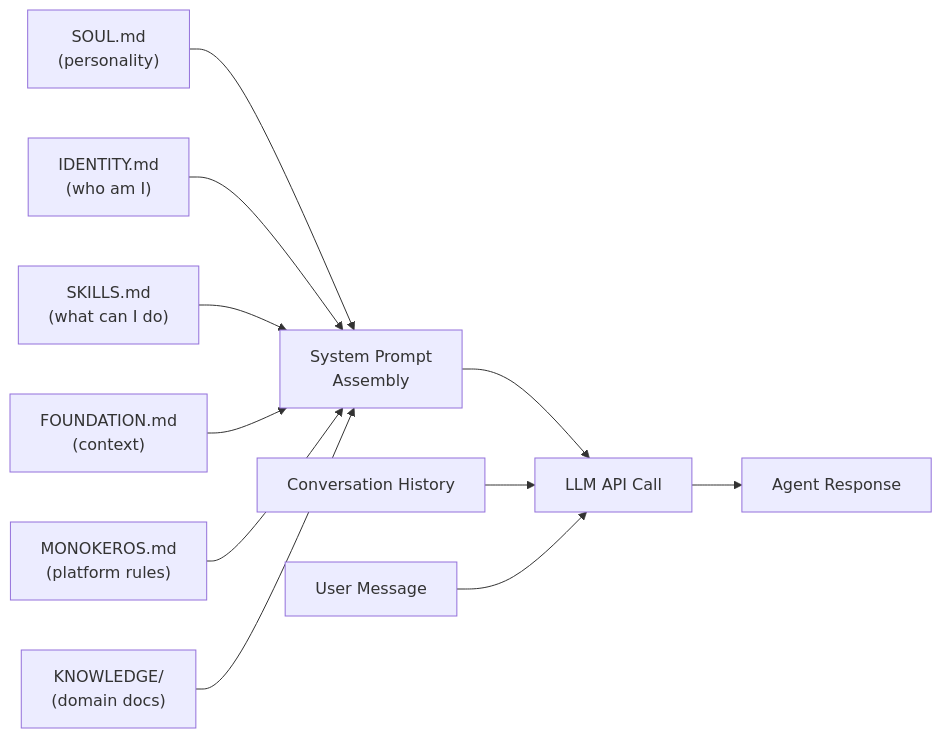
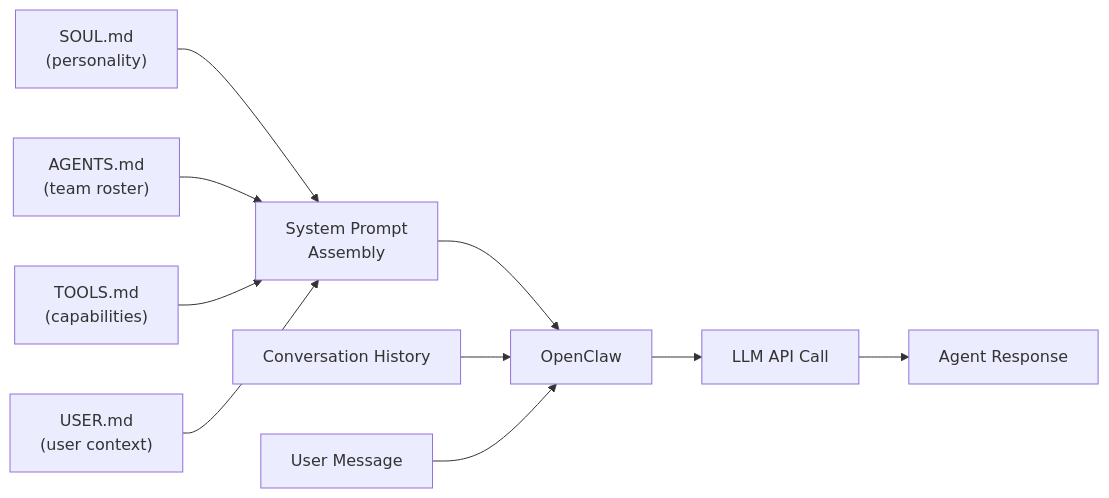
Before and after one commit to pde-rent/monokeros: the fourth of 6 diagrams in docs/core-concepts/agents.md, drawn with Mermaid. The commit also changed other lines of this file and 50 other files, not shown here.

````diff
--- a/docs/core-concepts/agents.md
+++ b/docs/core-concepts/agents.md
@@ -265,16 +146,14 @@
 ```mermaid
 flowchart LR
-    Soul["SOUL.md<br/>(personality)"] --> Prompt["System Prompt<br/>Assembly"]
-    Identity["IDENTITY.md<br/>(who am I)"] --> Prompt
-    Skills["SKILLS.md<br/>(what can I do)"] --> Prompt
-    Foundation["FOUNDATION.md<br/>(context)"] --> Prompt
-    Monokeros["MONOKEROS.md<br/>(platform rules)"] --> Prompt
-    Knowledge["KNOWLEDGE/<br/>(domain docs)"] --> Prompt
+    Soul["SOUL.md\n(personality)"] --> Prompt["System Prompt\nAssembly"]
+    Agents["AGENTS.md\n(team roster)"] --> Prompt
+    Tools["TOOLS.md\n(capabilities)"] --> Prompt
+    User["USER.md\n(user context)"] --> Prompt
 
-    Prompt --> LLM["LLM API Call"]
-    History["Conversation History"] --> LLM
-    UserMsg["User Message"] --> LLM
+    Prompt --> OC["OpenClaw"]
+    History["Conversation History"] --> OC
+    UserMsg["User Message"] --> OC
 
+    OC --> LLM["LLM API Call"]
     LLM --> Response["Agent Response"]
-
 ```
````
